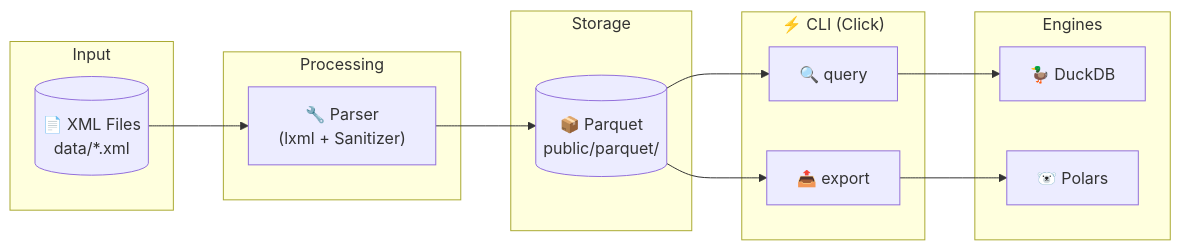
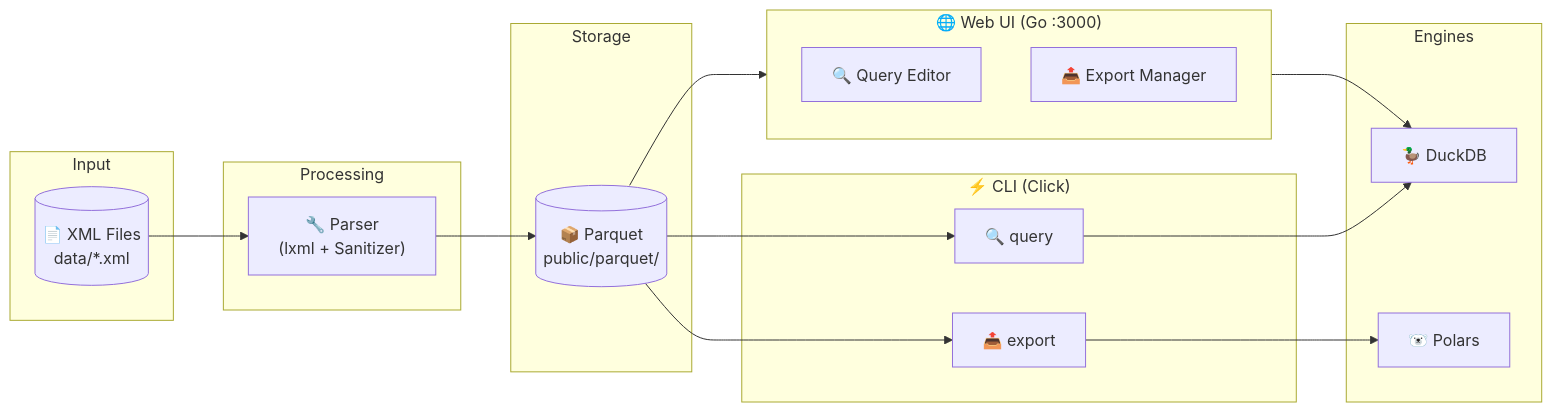
The diagram in README.md (Vinello28/Open-Data-Chunker), drawn with Mermaid before and after one commit. The commit also changed other lines of this file and 1 other file, not shown here.

````diff
--- a/README.md
+++ b/README.md
@@ -26,28 +28,34 @@
 ```mermaid
 flowchart LR
     subgraph Input
         XML[("📄 XML Files<br/>data/*.xml")]
     end
 
     subgraph Processing
         Parser["🔧 Parser<br/>(lxml + Sanitizer)"]
     end
 
     subgraph Storage
         Parquet[("📦 Parquet<br/>public/parquet/")]
     end
 
     subgraph CLI["⚡ CLI (Click)"]
         Query["🔍 query"]
         Export["📤 export"]
     end
 
+    subgraph Web["🌐 Web UI (Go :3000)"]
+        WebQuery["🔍 Query Editor"]
+        WebExport["📤 Export Manager"]
+    end
+
     subgraph Engines
         DuckDB["🦆 DuckDB"]
         Polars["🐻‍❄️ Polars"]
     end
 
     XML --> Parser --> Parquet
     Parquet --> Query --> DuckDB
     Parquet --> Export --> Polars
+    Parquet --> Web --> DuckDB
 ```
````
